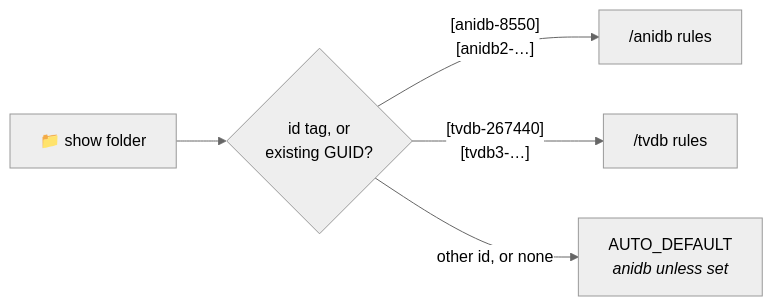
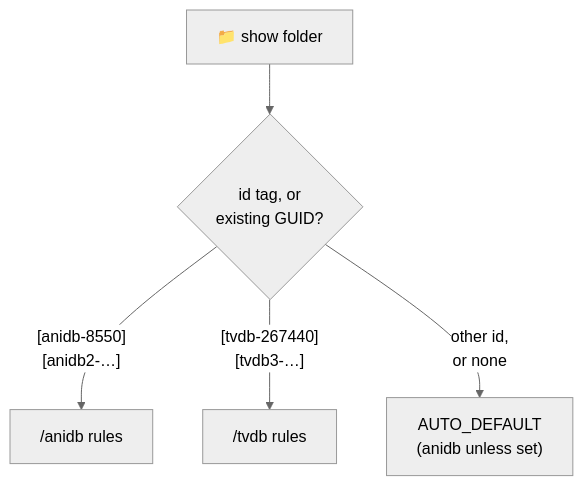
Before and after one commit to KurtzPT/kizuna: the third of 3 diagrams in README.md, drawn with Mermaid (neutral theme). The commit also changed 7 other files, not shown here.

First line of the commit message:
Docs: render fixes from a pass on GitHub: diagrams no longer clipped or hidden by the zoom buttons, no sideways scrolling

````diff
--- a/README.md
+++ b/README.md
@@ -169,7 +169,7 @@
 ```mermaid
-flowchart LR
+flowchart TD
     D["📁 show folder"] --> Q{"id tag, or<br/>existing GUID?"}
     Q -- "[anidb-8550]<br/>[anidb2-…]" --> AN["/anidb rules"]
     Q -- "[tvdb-267440]<br/>[tvdb3-…]" --> TV["/tvdb rules"]
-    Q -- "other id, or none" --> DEF["AUTO_DEFAULT<br/><i>anidb unless set</i>"]
+    Q -- "other id,<br/>or none" --> DEF["AUTO_DEFAULT<br/>(anidb unless set)"]
 ```
````
